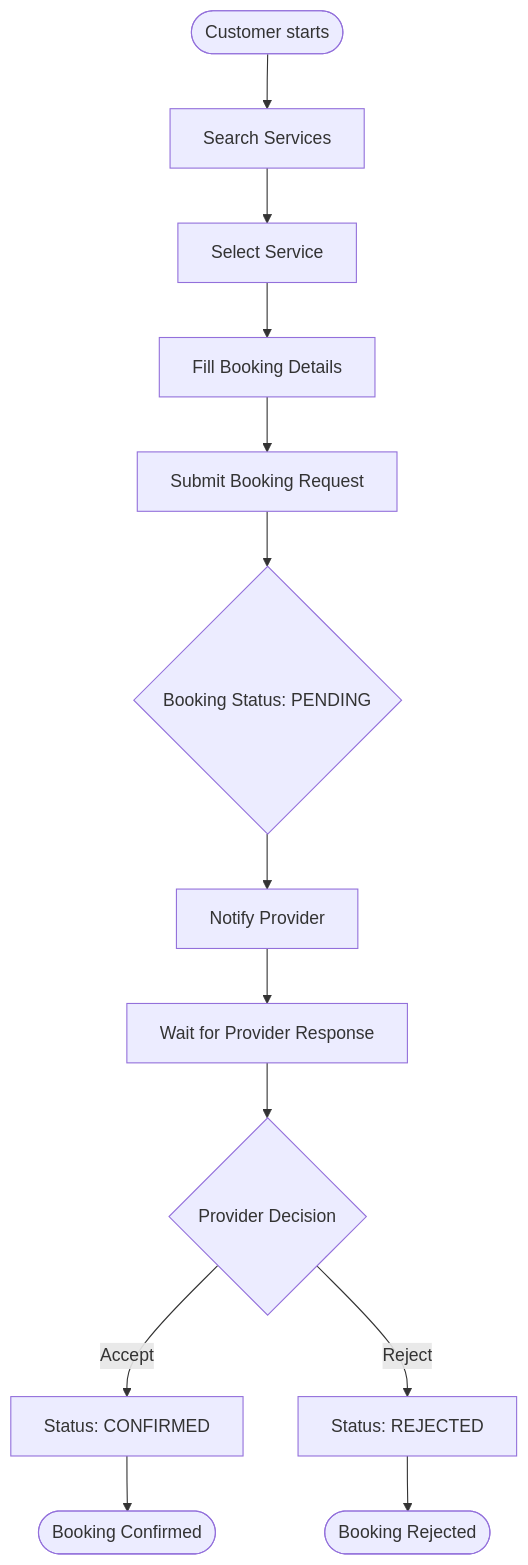
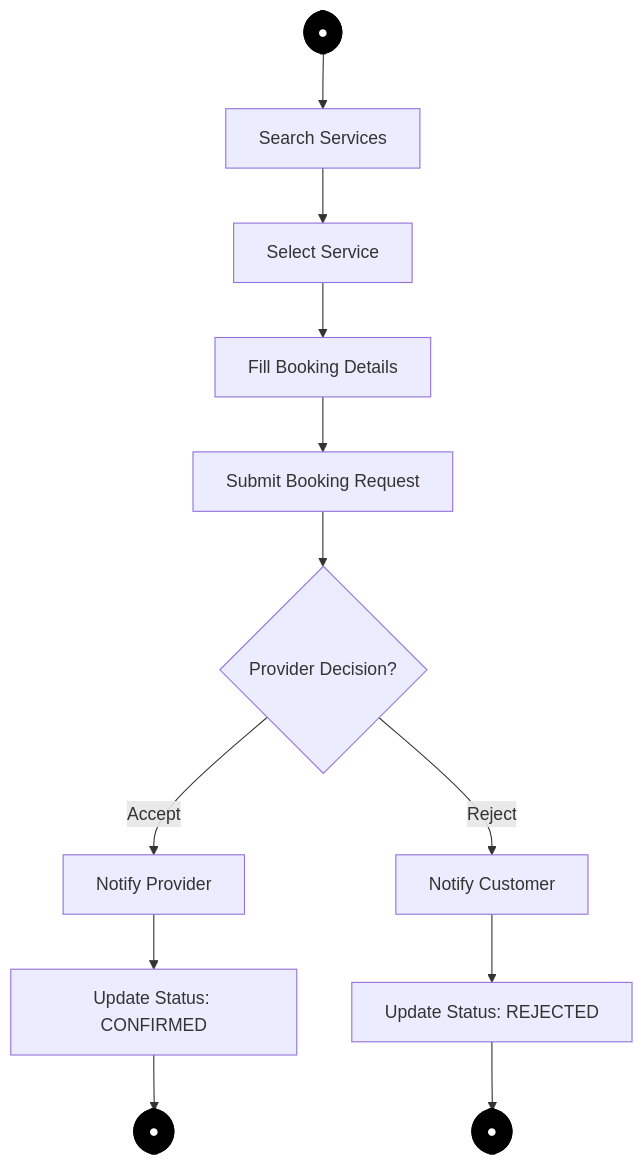
Before and after one commit to botvecna47/MH26-Services: diagram 24 of 28 in docs/UML_DIAGRAMS.md, drawn with Mermaid. The commit also changed other lines of this file, not shown here.

Commit message:
Standardize all simplified UML diagrams with proper Mermaid syntax: add multiplicities, improve object diagram notation, enhance sequence diagram with activation boxes, and add notes to state diagram

````diff
--- a/docs/UML_DIAGRAMS.md
+++ b/docs/UML_DIAGRAMS.md
@@ -1633,15 +1642,18 @@
 ```mermaid
 flowchart TD
-    Start([Customer starts]) --> Search[Search Services]
+    Start([●]) --> Search[Search Services]
     Search --> Select[Select Service]
     Select --> Fill[Fill Booking Details]
     Fill --> Submit[Submit Booking Request]
-    Submit --> Pending{Booking Status: PENDING}
-    Pending --> Notify[Notify Provider]
-    Notify --> Wait[Wait for Provider Response]
-    Wait --> Decision{Provider Decision}
-    Decision -->|Accept| Confirmed[Status: CONFIRMED]
-    Decision -->|Reject| Rejected[Status: REJECTED]
-    Confirmed --> Complete([Booking Confirmed])
-    Rejected --> End([Booking Rejected])
+    Submit --> Pending{Provider Decision?}
+    Pending -->|Accept| Notify1[Notify Provider]
+    Pending -->|Reject| Notify2[Notify Customer]
+    Notify1 --> Update1[Update Status: CONFIRMED]
+    Notify2 --> Update2[Update Status: REJECTED]
+    Update1 --> Complete([●])
+    Update2 --> End([●])
+    
+    style Start fill:#000,stroke:#000,color:#fff
+    style Complete fill:#000,stroke:#000,stroke-width:3px,color:#fff
+    style End fill:#000,stroke:#000,stroke-width:3px,color:#fff
 ```
````
